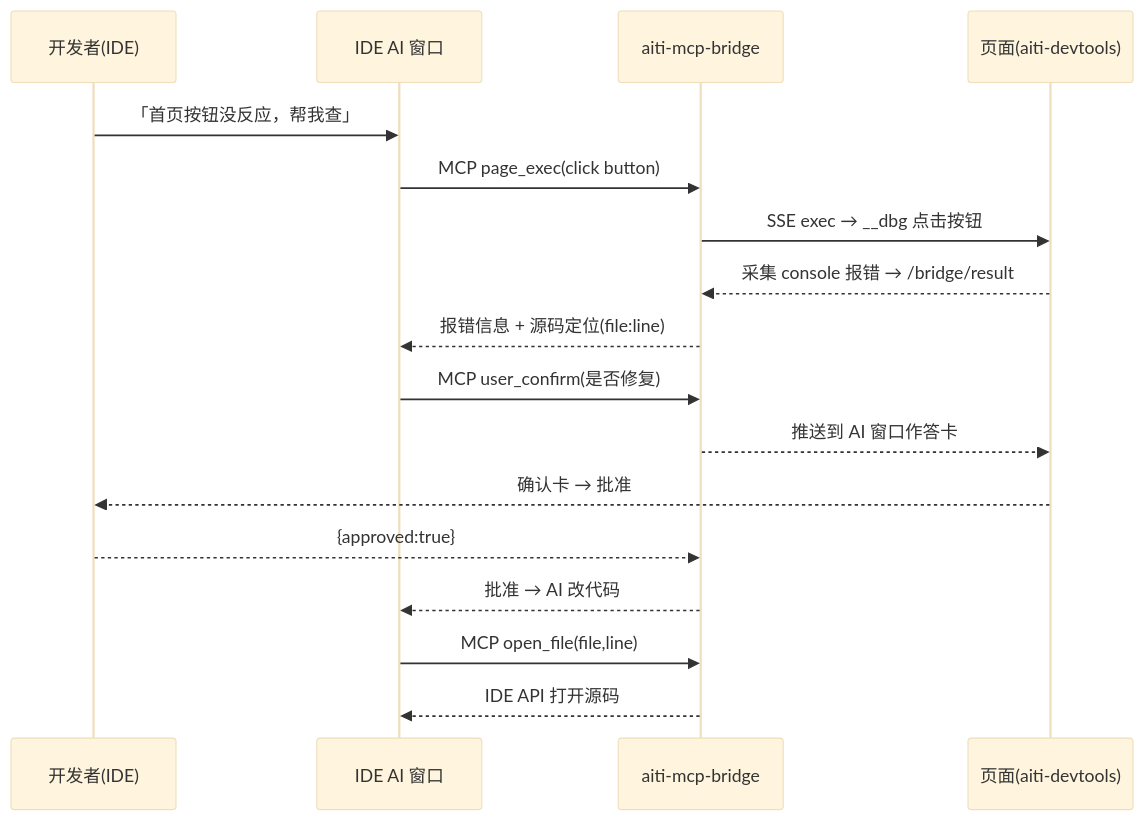
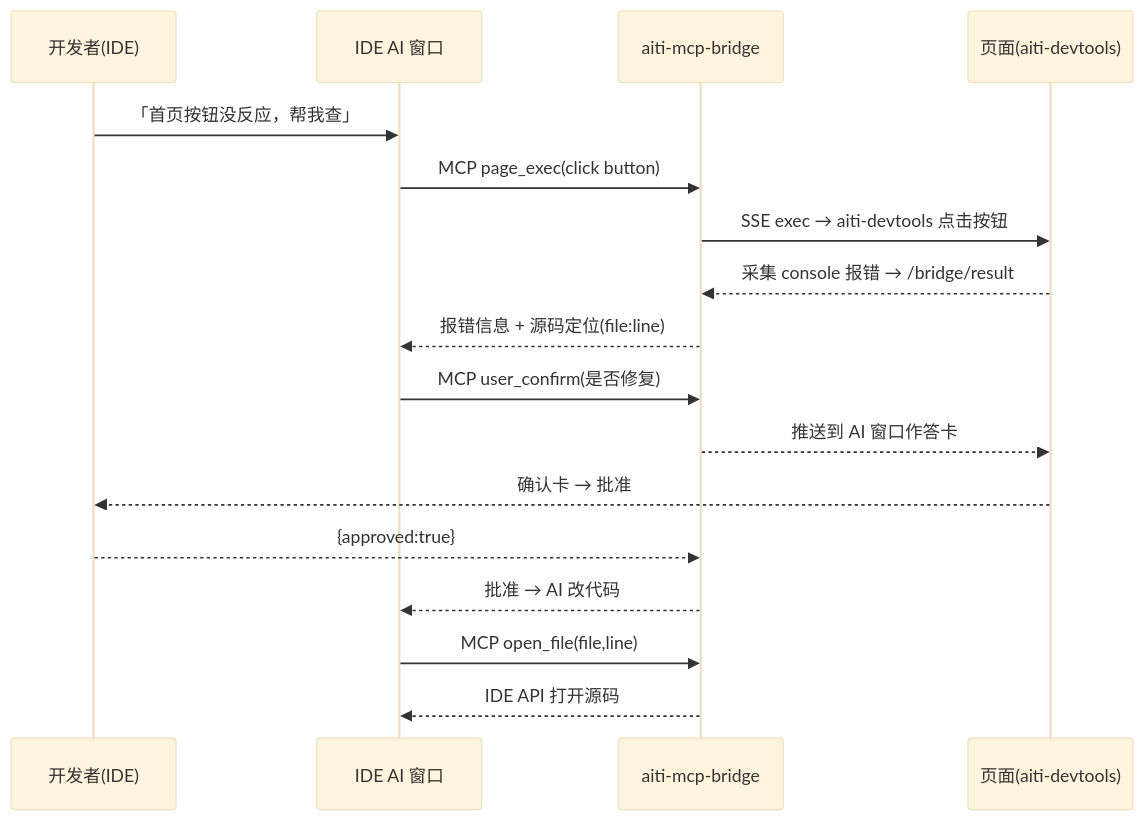
One commit to aiti-ai/aiti-docs changed the diagram in docs/guide/architecture.md. Above: the diagram before and after it, drawn with Mermaid (base theme). The commit also changed other lines of this file and 17 other files, not shown here.

````diff
--- a/docs/guide/architecture.md
+++ b/docs/guide/architecture.md
@@ -90,20 +90,20 @@
 ```mermaid
 sequenceDiagram
     participant U as 开发者(IDE)
     participant IDE as IDE AI 窗口
     participant B as aiti-mcp-bridge
     participant P as 页面(aiti-devtools)
 
     U->>IDE: 「首页按钮没反应，帮我查」
     IDE->>B: MCP page_exec(click button)
-    B->>P: SSE exec → __dbg 点击按钮
+    B->>P: SSE exec → aiti-devtools 点击按钮
     P-->>B: 采集 console 报错 → /bridge/result
     B-->>IDE: 报错信息 + 源码定位(file:line)
     IDE->>B: MCP user_confirm(是否修复)
     B-->>P: 推送到 AI 窗口作答卡
     P-->>U: 确认卡 → 批准
     U-->>B: {approved:true}
     B-->>IDE: 批准 → AI 改代码
     IDE->>B: MCP open_file(file,line)
     B-->>IDE: IDE API 打开源码
 ```
````
